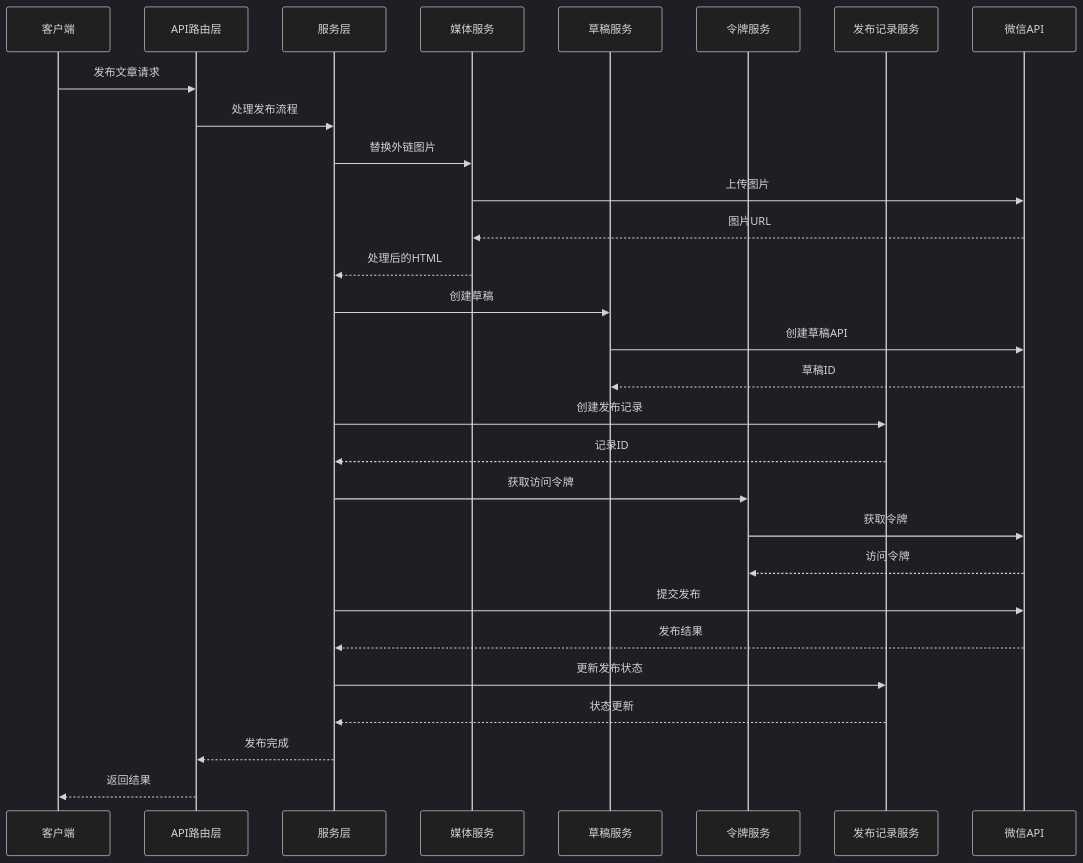
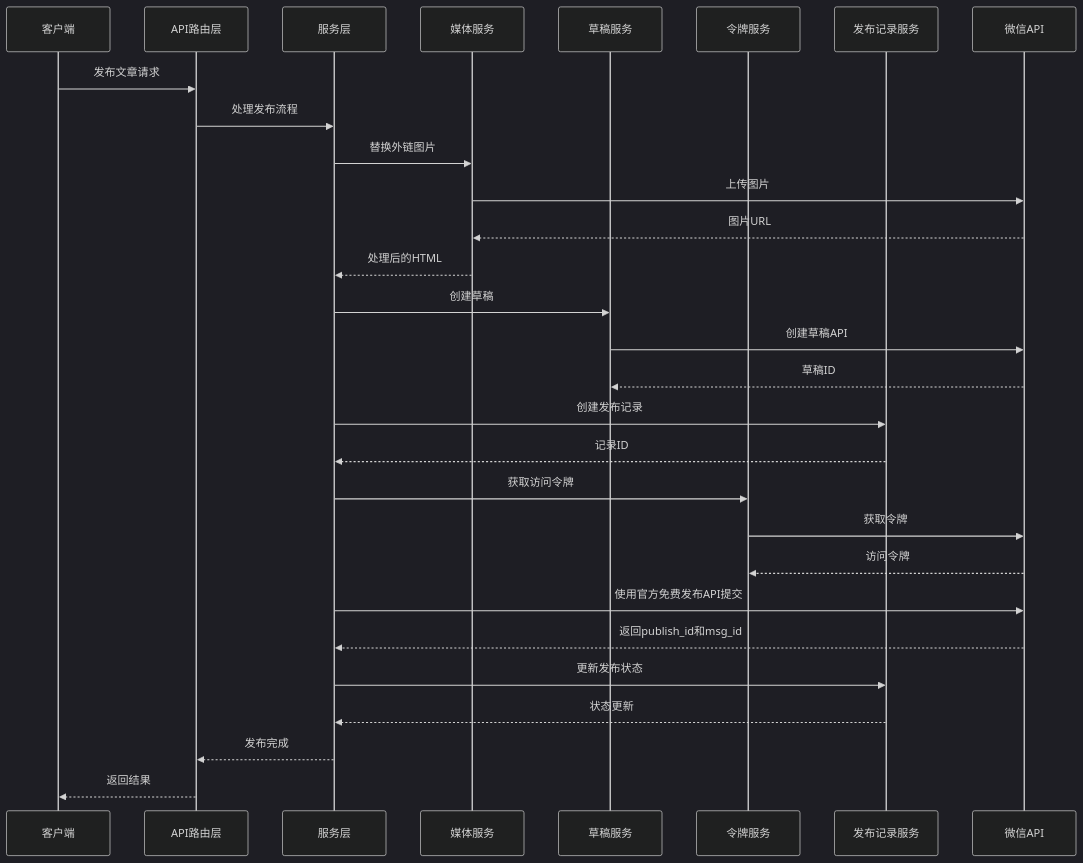
The third of 11 diagrams in .qoder/repowiki/zh/content/后端开发/API接口设计/微信API接口.md (sansansansansan2022-web/hotclaw), drawn with Mermaid (dark theme) before and after one commit. The commit also changed other lines of this file and 860 other files, not shown here.

````diff
--- a/.qoder/repowiki/zh/content/后端开发/API接口设计/微信API接口.md
+++ b/.qoder/repowiki/zh/content/后端开发/API接口设计/微信API接口.md
@@ -150,31 +168,31 @@
 ```mermaid
 sequenceDiagram
 participant Client as 客户端
 participant API as API路由层
 participant Service as 服务层
 participant Media as 媒体服务
 participant Draft as 草稿服务
 participant Token as 令牌服务
 participant Record as 发布记录服务
 participant WeChat as 微信API
 Client->>API : 发布文章请求
 API->>Service : 处理发布流程
 Service->>Media : 替换外链图片
 Media->>WeChat : 上传图片
 WeChat-->>Media : 图片URL
 Media-->>Service : 处理后的HTML
 Service->>Draft : 创建草稿
 Draft->>WeChat : 创建草稿API
 WeChat-->>Draft : 草稿ID
 Service->>Record : 创建发布记录
 Record-->>Service : 记录ID
 Service->>Token : 获取访问令牌
 Token->>WeChat : 获取令牌
 WeChat-->>Token : 访问令牌
-Service->>WeChat : 提交发布
-WeChat-->>Service : 发布结果
+Service->>WeChat : 使用官方免费发布API提交
+WeChat-->>Service : 返回publish_id和msg_id
 Service->>Record : 更新发布状态
 Record-->>Service : 状态更新
 Service-->>API : 发布完成
 API-->>Client : 返回结果
 ```
````
